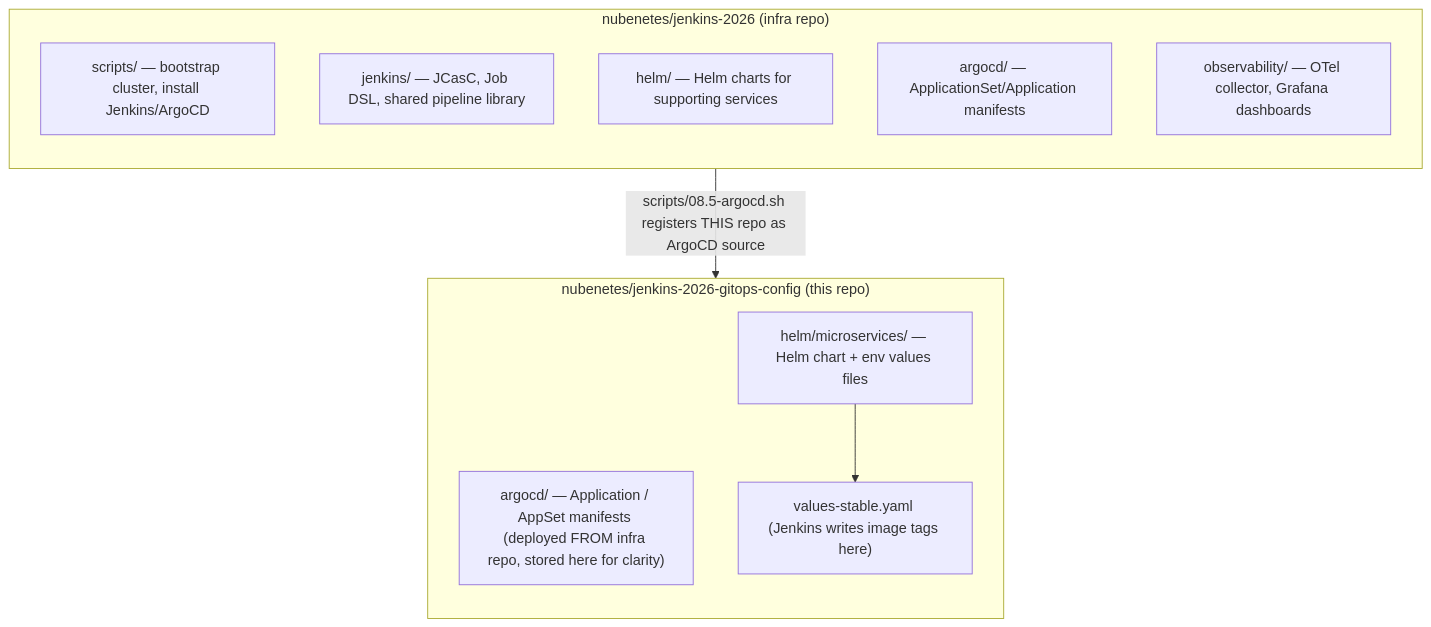
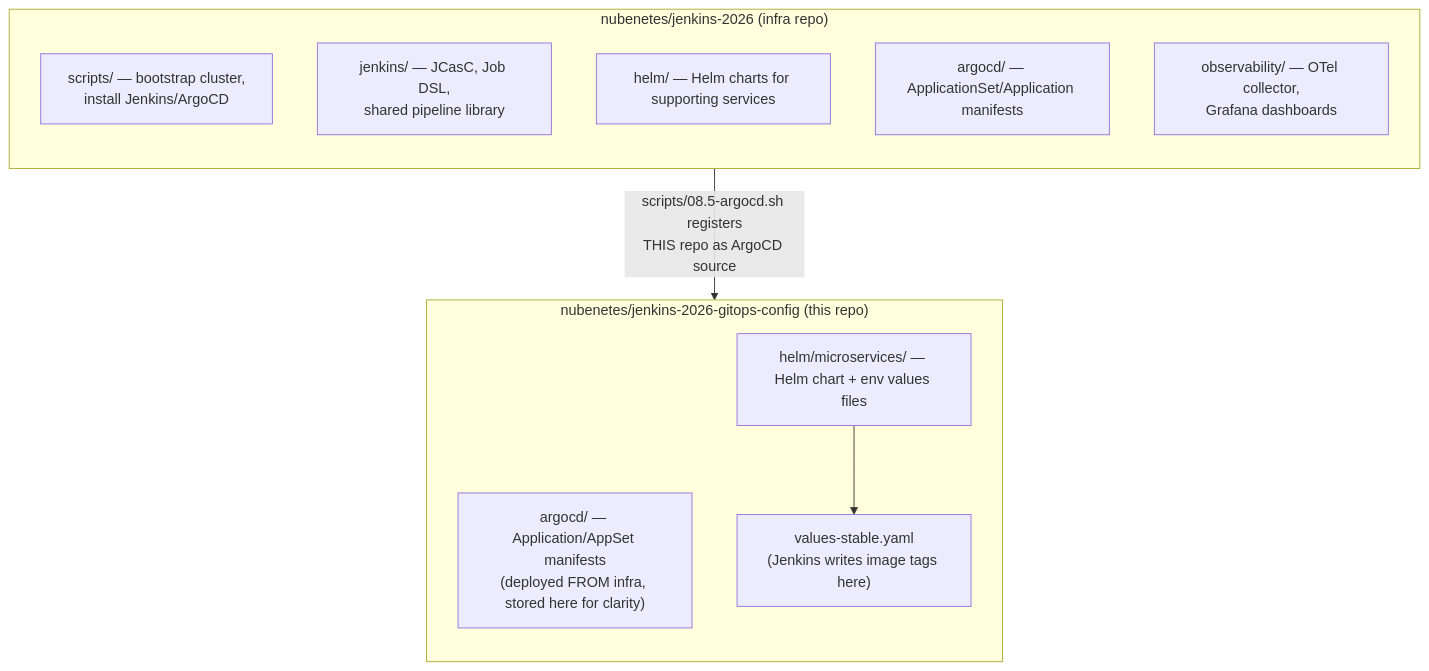
One commit to nubenetes/jenkins-2026-gitops-config changed the first of 2 diagrams in README.md. Above: the diagram before and after it, drawn with Mermaid. The commit also changed other lines of this file, not shown here.

Commit message:
docs: adjust Mermaid layout and wrap long text labels

````diff
--- a/README.md
+++ b/README.md
@@ -11,21 +11,21 @@
 ```mermaid
 flowchart TD
     subgraph infra["nubenetes/jenkins-2026 (infra repo)"]
         direction TB
-        i1["scripts/ &mdash; bootstrap cluster, install Jenkins/ArgoCD"]
-        i2["jenkins/ &mdash; JCasC, Job DSL, shared pipeline library"]
-        i3["helm/ &mdash; Helm charts for supporting services"]
-        i4["argocd/ &mdash; ApplicationSet/Application manifests"]
-        i5["observability/ &mdash; OTel collector, Grafana dashboards"]
+        i1["scripts/ — bootstrap cluster,<br/>install Jenkins/ArgoCD"]
+        i2["jenkins/ — JCasC, Job DSL,<br/>shared pipeline library"]
+        i3["helm/ — Helm charts for supporting services"]
+        i4["argocd/ — ApplicationSet/Application manifests"]
+        i5["observability/ — OTel collector,<br/>Grafana dashboards"]
     end
 
     subgraph gitops["nubenetes/jenkins-2026-gitops-config (this repo)"]
         direction TB
-        g1["argocd/ &mdash; Application / AppSet manifests (deployed FROM infra repo, stored here for clarity)"]
-        g2["helm/microservices/ &mdash; Helm chart + env values files"]
-        g3["values-stable.yaml (Jenkins writes image tags here)"]
+        g1["argocd/ — Application/AppSet manifests<br/>(deployed FROM infra, stored here for clarity)"]
+        g2["helm/microservices/ — Helm chart + env values files"]
+        g3["values-stable.yaml<br/>(Jenkins writes image tags here)"]
         g2 --> g3
     end
 
-    infra -->|scripts/08.5-argocd.sh registers THIS repo as ArgoCD source| gitops
+    infra -->|scripts/08.5-argocd.sh registers<br/>THIS repo as ArgoCD source| gitops
 ```
````
